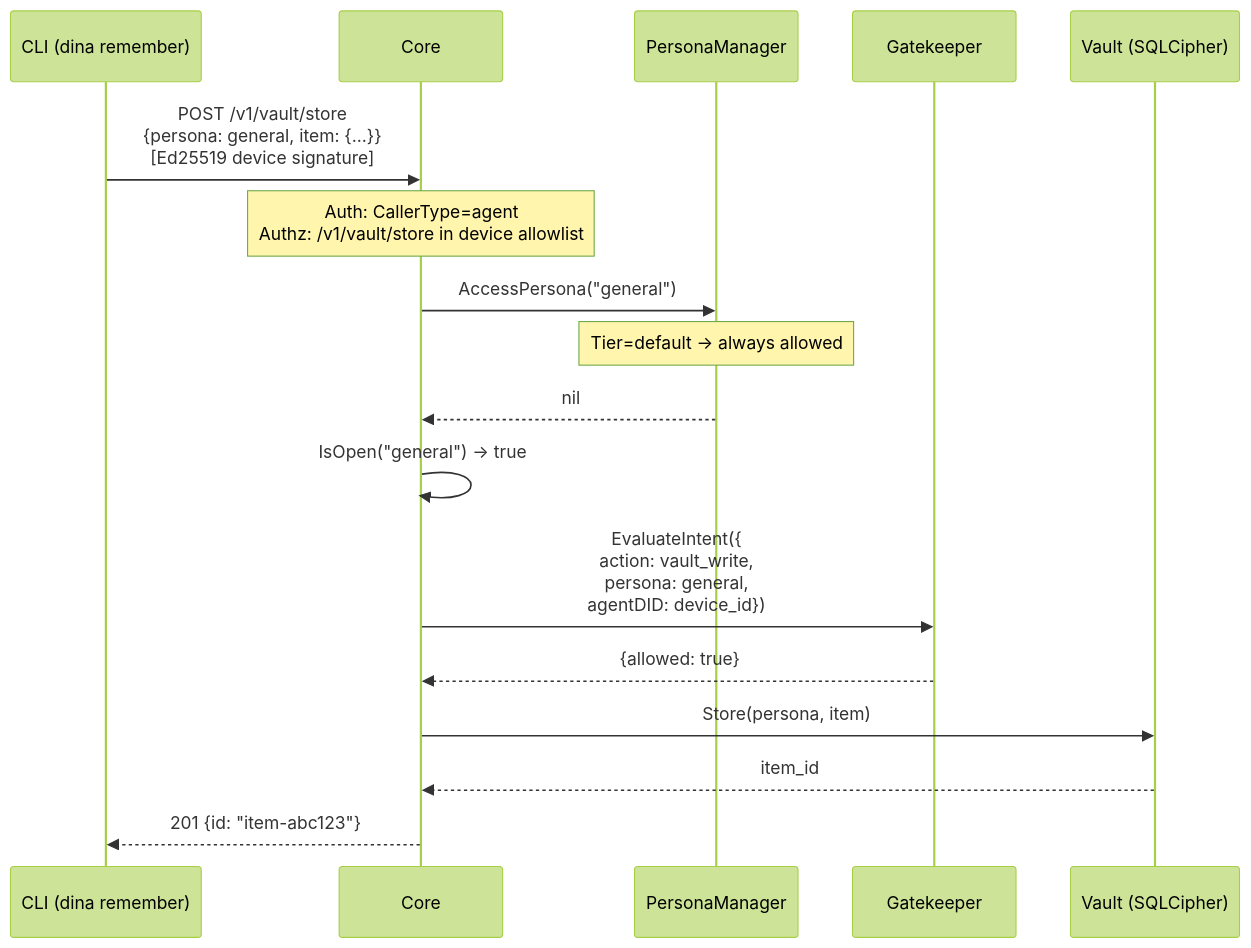
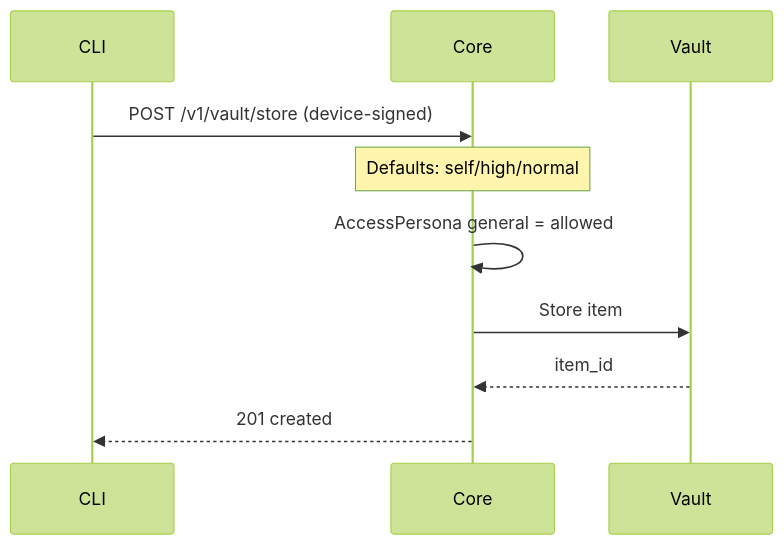
Diagram 11 of 14 in docs/FLOW_DIAGRAMS.md (rajmohanutopai/dina), drawn with Mermaid (forest theme) before and after one commit. The commit also changed other lines of this file, not shown here.

First line of the commit message:
Rewrite flow diagrams: fix Mermaid errors, add examples, add new flows

````diff
--- a/docs/FLOW_DIAGRAMS.md
+++ b/docs/FLOW_DIAGRAMS.md
@@ -354,26 +384,13 @@
 ```mermaid
 sequenceDiagram
-    participant CLI as CLI (dina remember)
+    participant CLI as CLI
     participant CORE as Core
-    participant PM as PersonaManager
-    participant GK as Gatekeeper
-    participant VAULT as Vault (SQLCipher)
+    participant VAULT as Vault
 
-    CLI->>CORE: POST /v1/vault/store<br/>{persona: general, item: {...}}<br/>[Ed25519 device signature]
-
-    Note over CORE: Auth: CallerType=agent<br/>Authz: /v1/vault/store in device allowlist
-
-    CORE->>PM: AccessPersona("general")
-    Note over PM: Tier=default → always allowed
-    PM-->>CORE: nil
-
-    CORE->>CORE: IsOpen("general") → true
-
-    CORE->>GK: EvaluateIntent({<br/>  action: vault_write,<br/>  persona: general,<br/>  agentDID: device_id})
-    GK-->>CORE: {allowed: true}
-
-    CORE->>VAULT: Store(persona, item)
+    CLI->>CORE: POST /v1/vault/store (device-signed)
+    Note over CORE: Defaults: self/high/normal
+    CORE->>CORE: AccessPersona general = allowed
+    CORE->>VAULT: Store item
     VAULT-->>CORE: item_id
-
-    CORE-->>CLI: 201 {id: "item-abc123"}
+    CORE-->>CLI: 201 created
 ```
````
